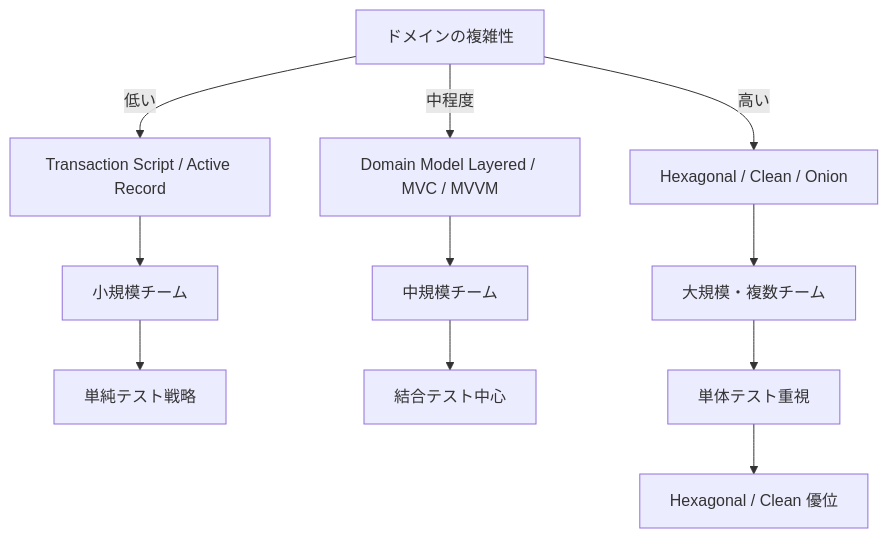
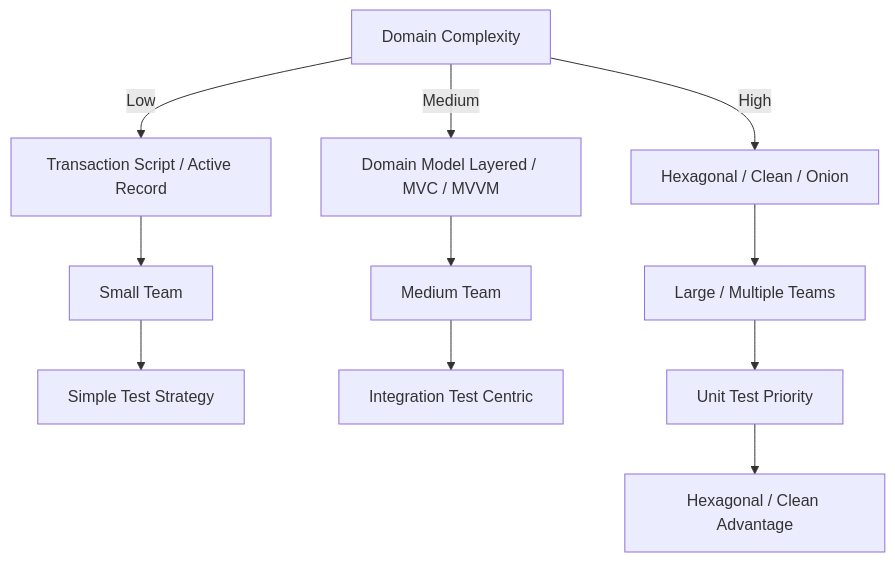
The diagram in architecture/structure-decision-guide.md (TAKT-R-D/design-pattern), drawn with Mermaid before and after one commit. The commit also changed other lines of this file and 68 other files, not shown here.

````diff
--- a/architecture/structure-decision-guide.md
+++ b/architecture/structure-decision-guide.md
@@ -104,16 +104,16 @@
 ```mermaid
 graph TD
-  A[ドメインの複雑性] -->|低い| B1[Transaction Script / Active Record]
-  A -->|中程度| B2[Domain Model Layered / MVC / MVVM]
-  A -->|高い| B3[Hexagonal / Clean / Onion]
+  A[Domain Complexity] -->|Low| B1[Transaction Script / Active Record]
+  A -->|Medium| B2[Domain Model Layered / MVC / MVVM]
+  A -->|High| B3[Hexagonal / Clean / Onion]
 
-  B1 --> C1[小規模チーム]
-  B2 --> C2[中規模チーム]
-  B3 --> C3[大規模・複数チーム]
+  B1 --> C1[Small Team]
+  B2 --> C2[Medium Team]
+  B3 --> C3[Large / Multiple Teams]
 
-  C1 --> D1[単純テスト戦略]
-  C2 --> D2[結合テスト中心]
-  C3 --> D3[単体テスト重視]
+  C1 --> D1[Simple Test Strategy]
+  C2 --> D2[Integration Test Centric]
+  C3 --> D3[Unit Test Priority]
 
-  D3 --> E[Hexagonal / Clean 優位]
+  D3 --> E[Hexagonal / Clean Advantage]
 ```
````
